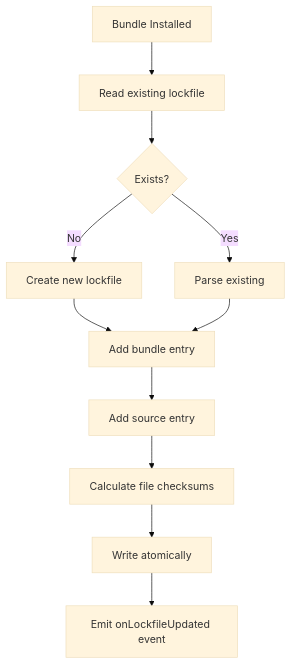
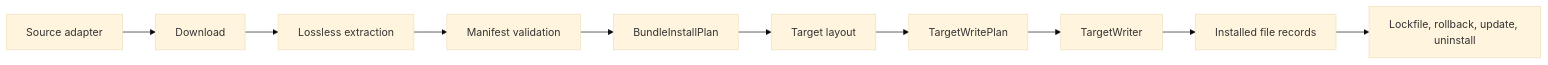
The first of 2 diagrams in docs/contributor-guide/architecture/installation-flow.md (AmadeusITGroup/ai-primitives-hub), drawn with Mermaid (base theme) before and after one commit. The commit also changed other lines of this file and 74 other files, not shown here.

First line of the commit message:
feat(install): share one manifest-driven installation pipeline

````diff
--- a/docs/contributor-guide/architecture/installation-flow.md
+++ b/docs/contributor-guide/architecture/installation-flow.md
@@ -206,13 +9,12 @@
 ```mermaid
-flowchart TD
-    A[Bundle Installed] --> B[Read existing lockfile]
-    B --> C{Exists?}
-    C -->|No| D[Create new lockfile]
-    C -->|Yes| E[Parse existing]
-    D --> F[Add bundle entry]
-    E --> F
-    F --> G[Add source entry]
-    G --> H[Calculate file checksums]
-    H --> I[Write atomically]
-    I --> J[Emit onLockfileUpdated event]
+flowchart LR
+    A[Source adapter] --> B[Download]
+    B --> C[Lossless extraction]
+    C --> D[Manifest validation]
+    D --> E[BundleInstallPlan]
+    E --> F[Target layout]
+    F --> G[TargetWritePlan]
+    G --> H[TargetWriter]
+    H --> I[Installed file records]
+    I --> J[Lockfile, rollback, update, uninstall]
 ```
````
